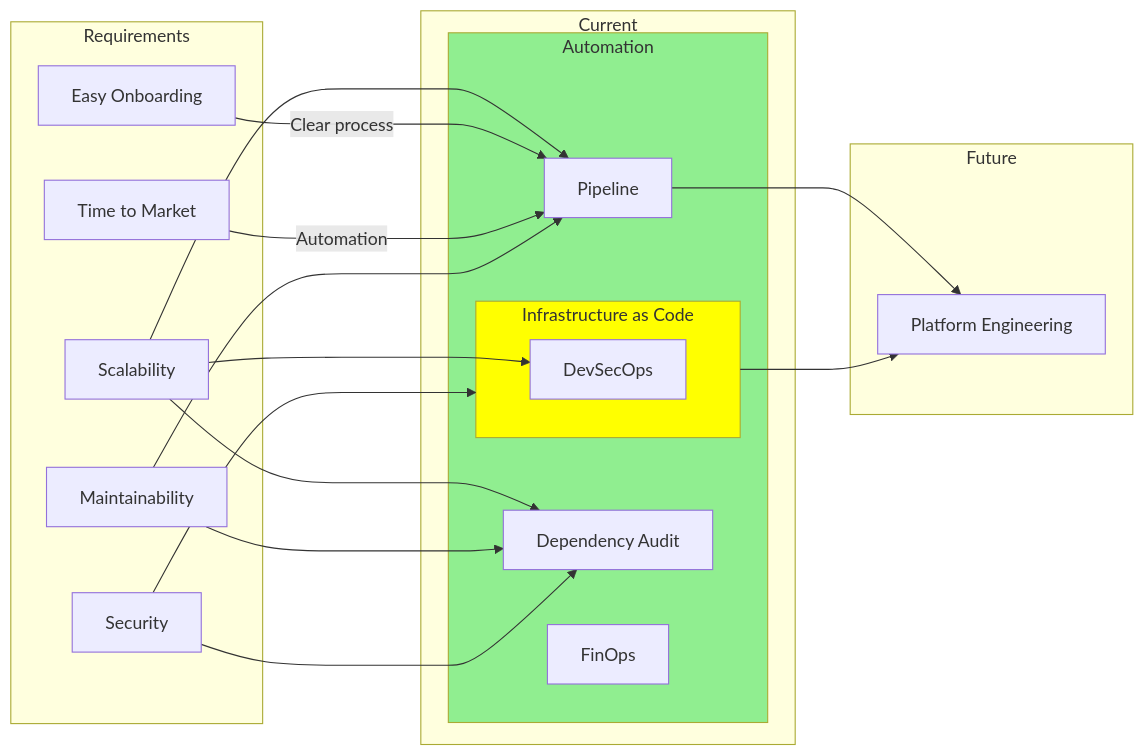
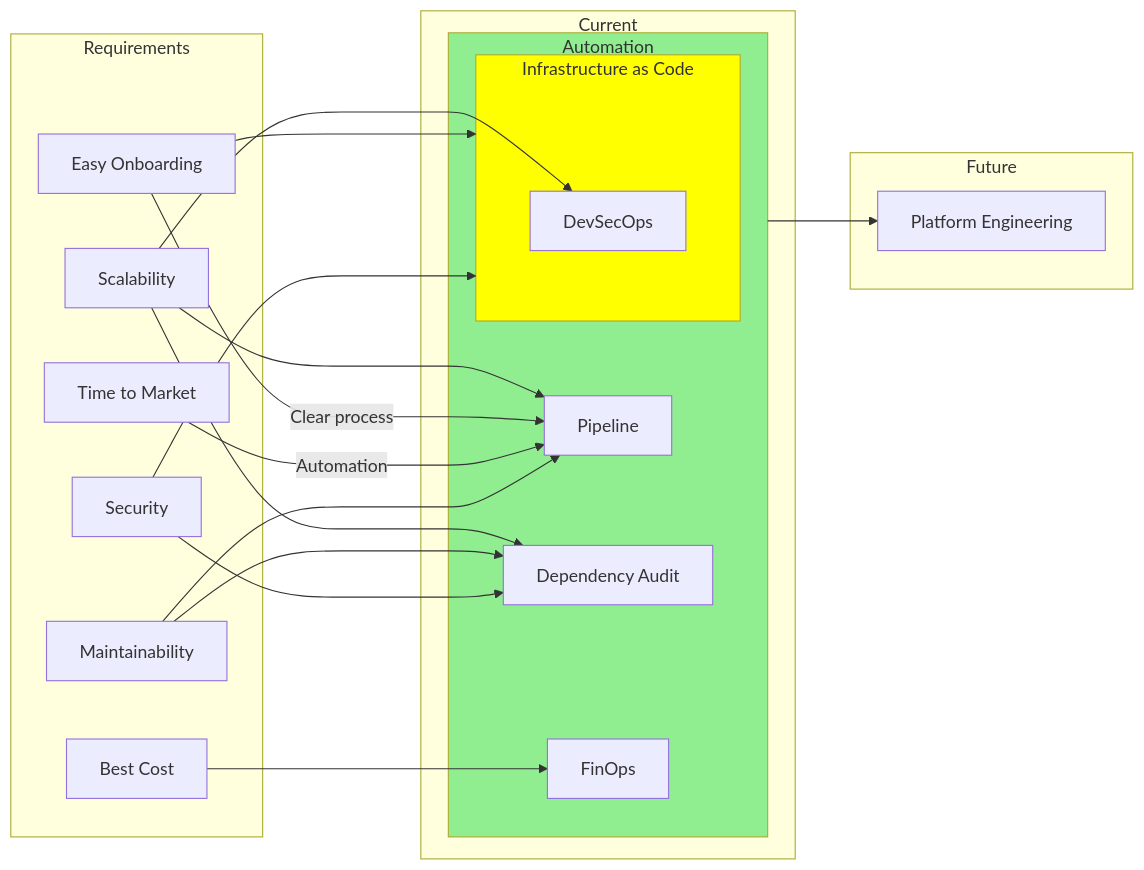
Before and after one commit to dkrizic/blog: the sixth of 12 diagrams in sketch.md, drawn with Mermaid. The commit also changed other lines of this file, not shown here.

````diff
--- a/sketch.md
+++ b/sketch.md
@@ -300,36 +319,38 @@
 ```mermaid
 graph LR
     style AUT fill:lightgreen
     style IAC fill:yellow
     subgraph REQ[Requirements]
         S[Scalability]
         EO[Easy Onboarding]
         TTM[Time to Market]
         M[Maintainability]
         SEC[Security]
+        BC[Best Cost]
     end
     subgraph CNT[Current]
         subgraph AUT[Automation]
             CICD[Pipeline]
             subgraph IAC[Infrastructure as Code]
                 DSO[DevSecOps]
             end
             DEP[Dependency Audit]
             FIN[FinOps]
         end
     end
     subgraph FUT[Future]
         PF[Platform Engineering]
     end
     S --> CICD
     S --> DEP
     S --> DSO  
     EO -->|Clear process| CICD
+    EO --> IAC
     TTM -->|Automation| CICD
     M --> DEP
     M --> CICD
     SEC --> DEP
     SEC --> IAC
-    IAC --> PF
-    CICD --> PF
+    AUT --> PF
+    BC --> FIN
 ```
````
